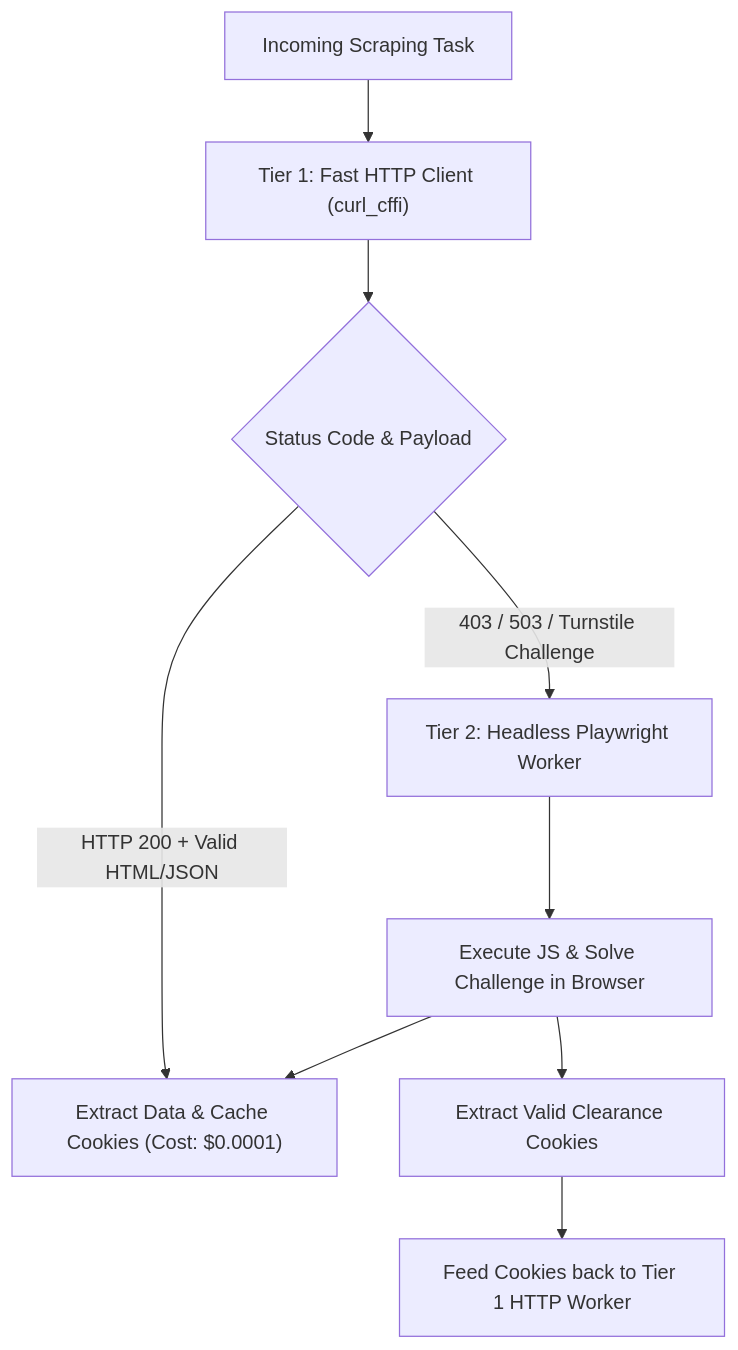
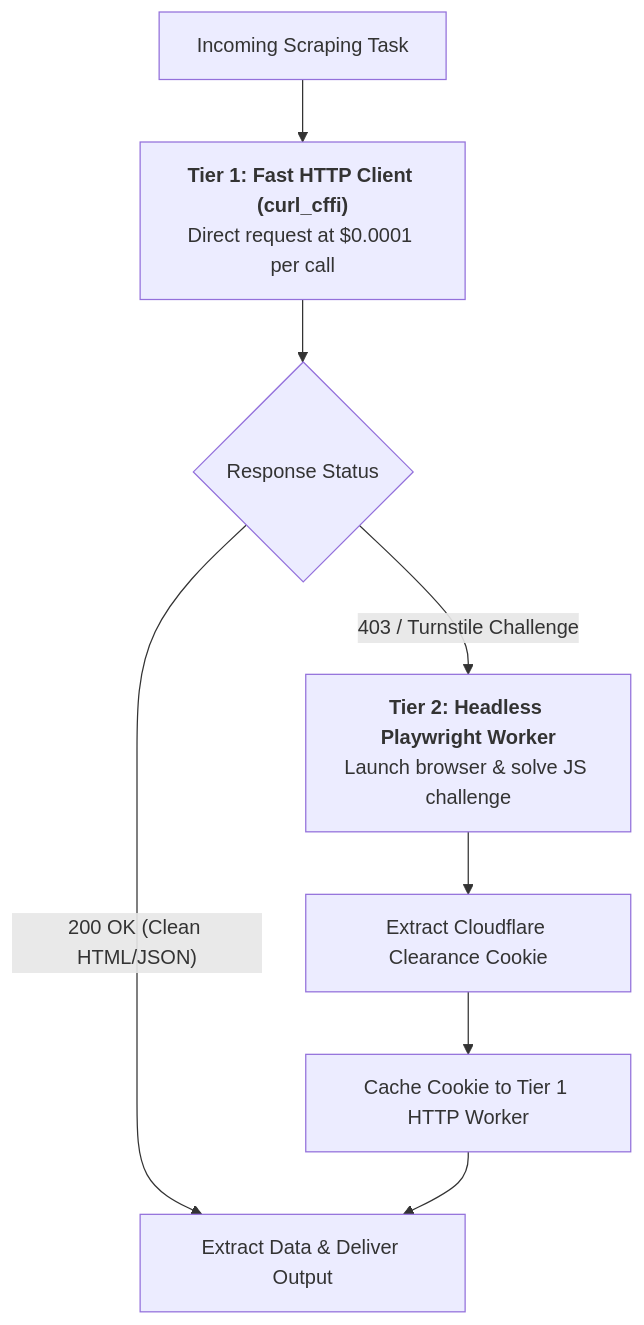
The first of 2 diagrams in _posts/2026-11-13-why-search-scrapers-need-http-clients-and-real-browsers.md (naimurhasan/naimurhasan.github.io), drawn with Mermaid before and after one commit. The commit also changed other lines of this file and 28 other files, not shown here.

Commit message:
fix(blog): refactor all Mermaid diagrams to vertical legible layouts and restore in-body illustrations

````diff
--- a/_posts/2026-11-13-why-search-scrapers-need-http-clients-and-real-browsers.md
+++ b/_posts/2026-11-13-why-search-scrapers-need-http-clients-and-real-browsers.md
@@ -25,11 +25,10 @@
 ```mermaid
-graph TD
-  Start["Incoming Scraping Task"] --> Probe["Tier 1: Fast HTTP Client (curl_cffi)"]
-  Probe --> Check{"Status Code & Payload"}
-  Check -- "HTTP 200 + Valid HTML/JSON" --> Done["Extract Data & Cache Cookies (Cost: $0.0001)"]
-  Check -- "403 / 503 / Turnstile Challenge" --> Escalation["Tier 2: Headless Playwright Worker"]
-  Escalation --> BrowserSolve["Execute JS & Solve Challenge in Browser"]
-  BrowserSolve --> ExtractCookies["Extract Valid Clearance Cookies"]
-  ExtractCookies --> Feedback["Feed Cookies back to Tier 1 HTTP Worker"]
-  BrowserSolve --> Done
+flowchart TD
+  Start["Incoming Scraping Task"] --> Probe["<b>Tier 1: Fast HTTP Client (curl_cffi)</b><br/>Direct request at $0.0001 per call"]
+  Probe --> Check{"Response Status"}
+  Check -- "200 OK (Clean HTML/JSON)" --> Done["Extract Data & Deliver Output"]
+  Check -- "403 / Turnstile Challenge" --> Escalation["<b>Tier 2: Headless Playwright Worker</b><br/>Launch browser & solve JS challenge"]
+  Escalation --> ExtractCookies["Extract Cloudflare Clearance Cookie"]
+  ExtractCookies --> Feedback["Cache Cookie to Tier 1 HTTP Worker"]
+  Feedback --> Done
 ```
````
